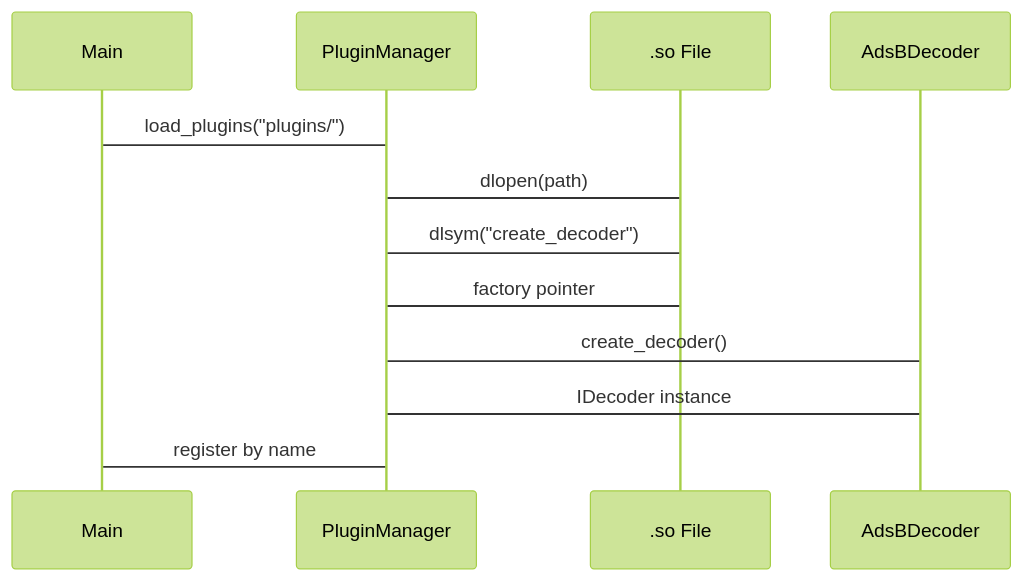
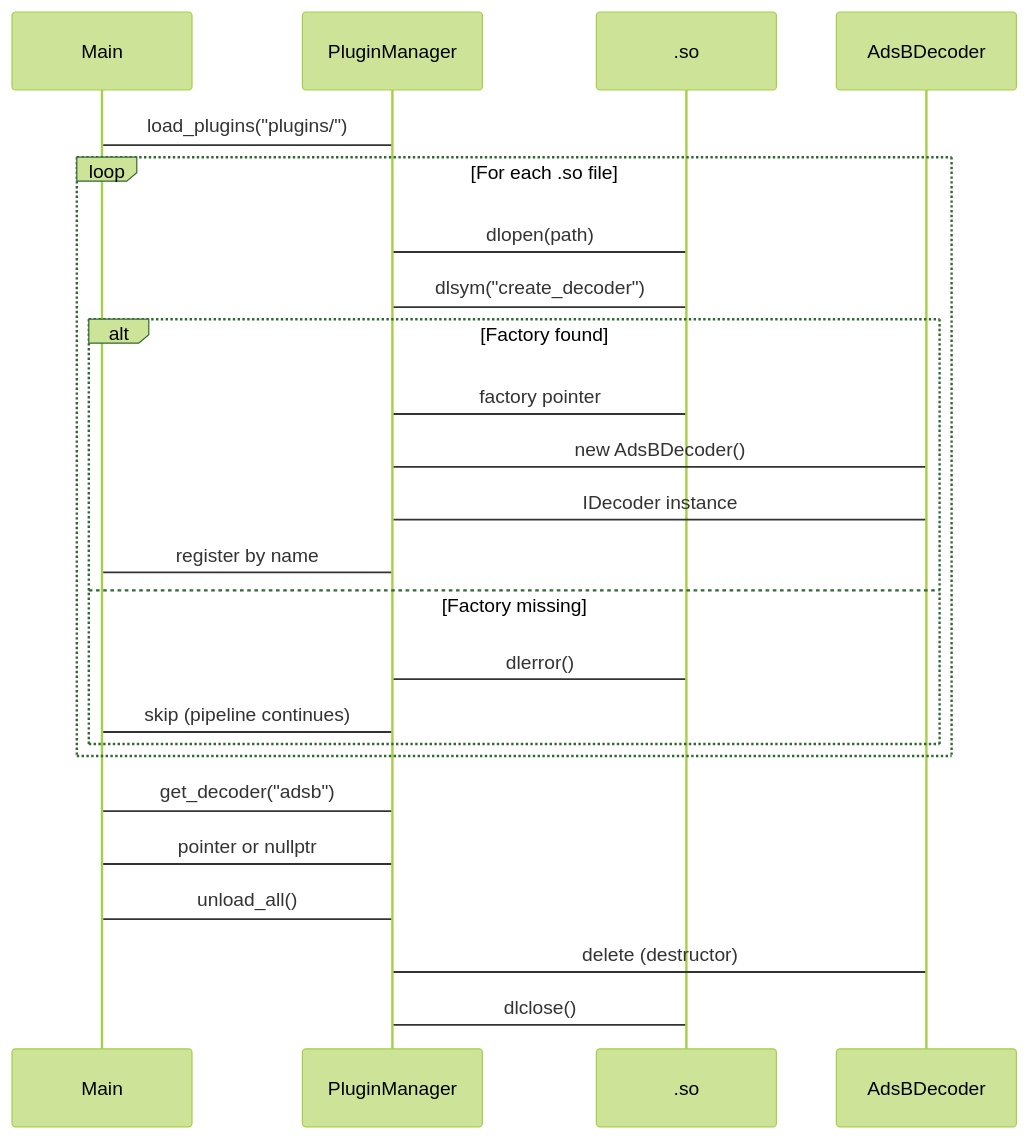
One commit to akhilmaddineni/sdr_protocol_stack changed the diagram in docs/04_plugin_arch.md. Above: the diagram before and after it, drawn with Mermaid (forest theme). The commit also changed other lines of this file and 4 other files, not shown here.

Commit message:
Expand docs to full depth: math derivations, code references, diagrams, error conditions, performance analysis, cross-reference table

````diff
--- a/docs/04_plugin_arch.md
+++ b/docs/04_plugin_arch.md
@@ -25,10 +58,22 @@
 ```mermaid
 sequenceDiagram
     Main -> PluginManager: load_plugins("plugins/")
-    PluginManager -> .so File: dlopen(path)
-    PluginManager -> .so File: dlsym("create_decoder")
-    .so File -> PluginManager: factory pointer
-    PluginManager -> AdsBDecoder: create_decoder()
-    AdsBDecoder -> PluginManager: IDecoder instance
-    PluginManager -> Main: register by name
+    loop For each .so file
+        PluginManager -> .so: dlopen(path)
+        PluginManager -> .so: dlsym("create_decoder")
+        alt Factory found
+            .so -> PluginManager: factory pointer
+            PluginManager -> AdsBDecoder: new AdsBDecoder()
+            AdsBDecoder -> PluginManager: IDecoder instance
+            PluginManager -> Main: register by name
+        else Factory missing
+            .so -> PluginManager: dlerror()
+            PluginManager -> Main: skip (pipeline continues)
+        end
+    end
+    Main -> PluginManager: get_decoder("adsb")
+    PluginManager -> Main: pointer or nullptr
+    Main -> PluginManager: unload_all()
+    PluginManager -> AdsBDecoder: delete (destructor)
+    PluginManager -> .so: dlclose()
 ```
````
